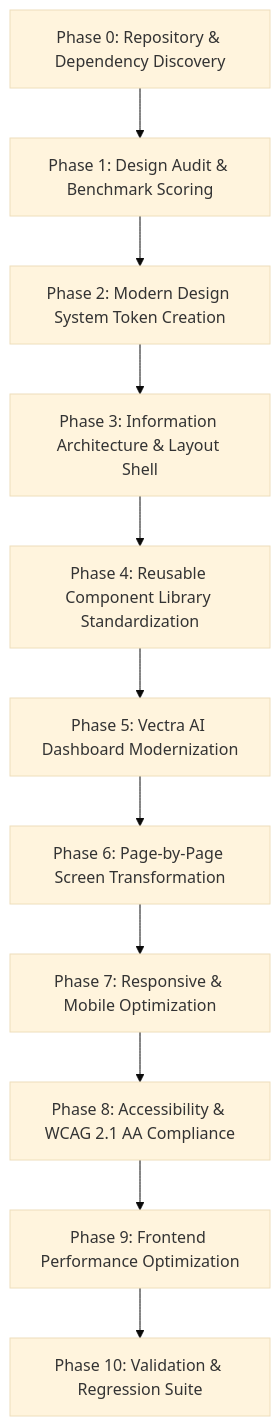
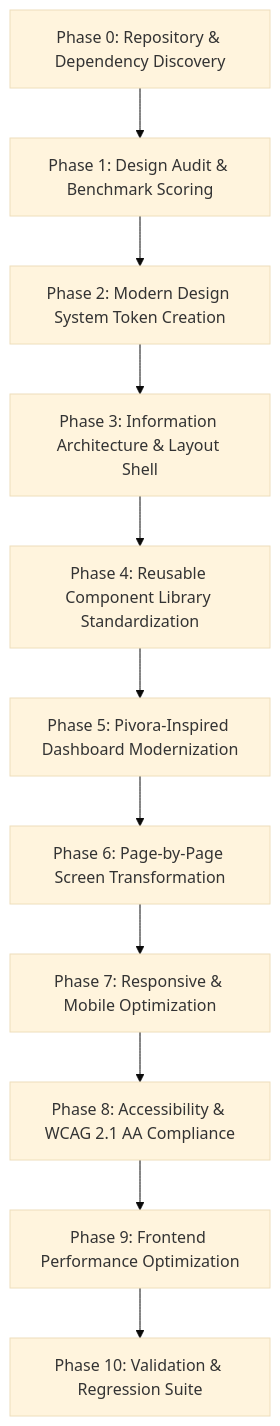
One commit to fernandezromarkbspsy-cmyk/soc5-outboundops-project changed the diagram in docs/ui-modernization/00-master/UI_ENHANCEMENT_MASTER_PLAN.md. Above: the diagram before and after it, drawn with Mermaid (base theme). The commit also changed other lines of this file and 10 other files, not shown here.

````diff
--- a/docs/ui-modernization/00-master/UI_ENHANCEMENT_MASTER_PLAN.md
+++ b/docs/ui-modernization/00-master/UI_ENHANCEMENT_MASTER_PLAN.md
@@ -103,13 +103,13 @@
 ```mermaid
 graph TD
     P0[Phase 0: Repository & Dependency Discovery] --> P1[Phase 1: Design Audit & Benchmark Scoring]
     P1 --> P2[Phase 2: Modern Design System Token Creation]
     P2 --> P3[Phase 3: Information Architecture & Layout Shell]
     P3 --> P4[Phase 4: Reusable Component Library Standardization]
-    P4 --> P5[Phase 5: Vectra AI Dashboard Modernization]
+    P4 --> P5[Phase 5: Pivora-Inspired Dashboard Modernization]
     P5 --> P6[Phase 6: Page-by-Page Screen Transformation]
     P6 --> P7[Phase 7: Responsive & Mobile Optimization]
     P7 --> P8[Phase 8: Accessibility & WCAG 2.1 AA Compliance]
     P8 --> P9[Phase 9: Frontend Performance Optimization]
     P9 --> P10[Phase 10: Validation & Regression Suite]
 ```
````
